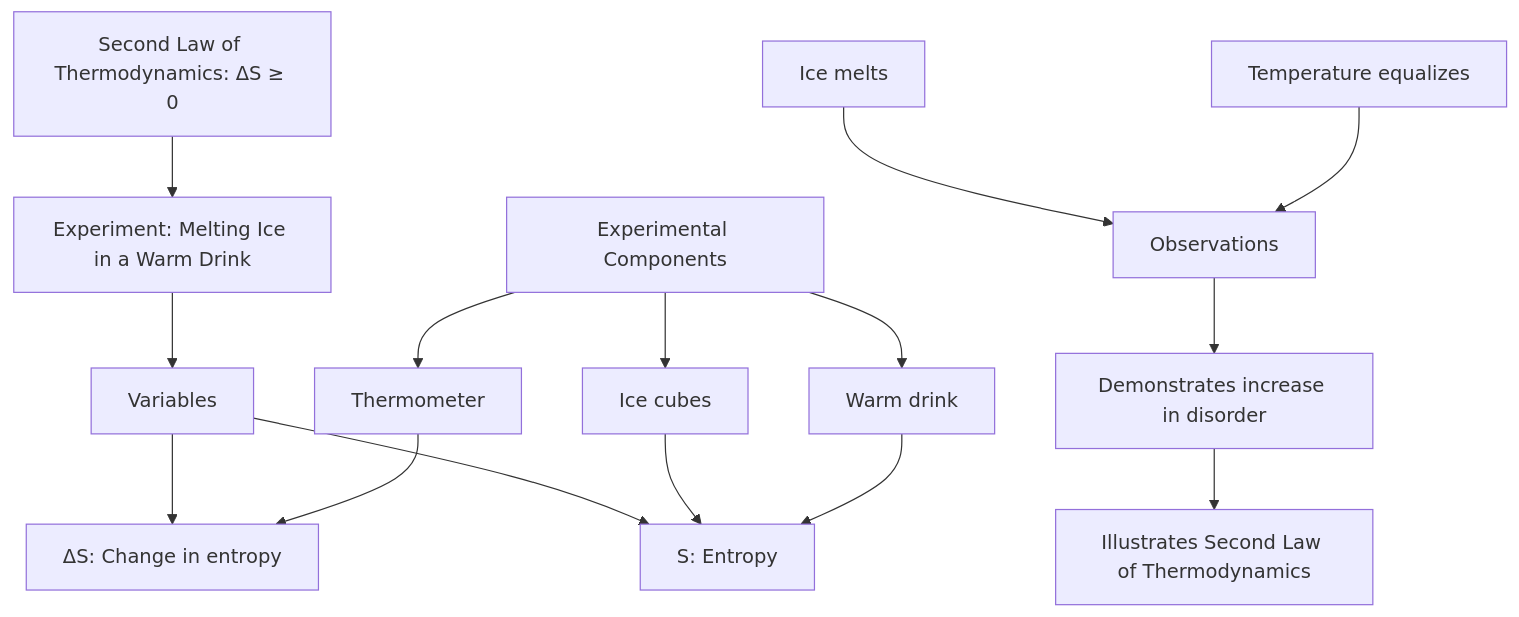
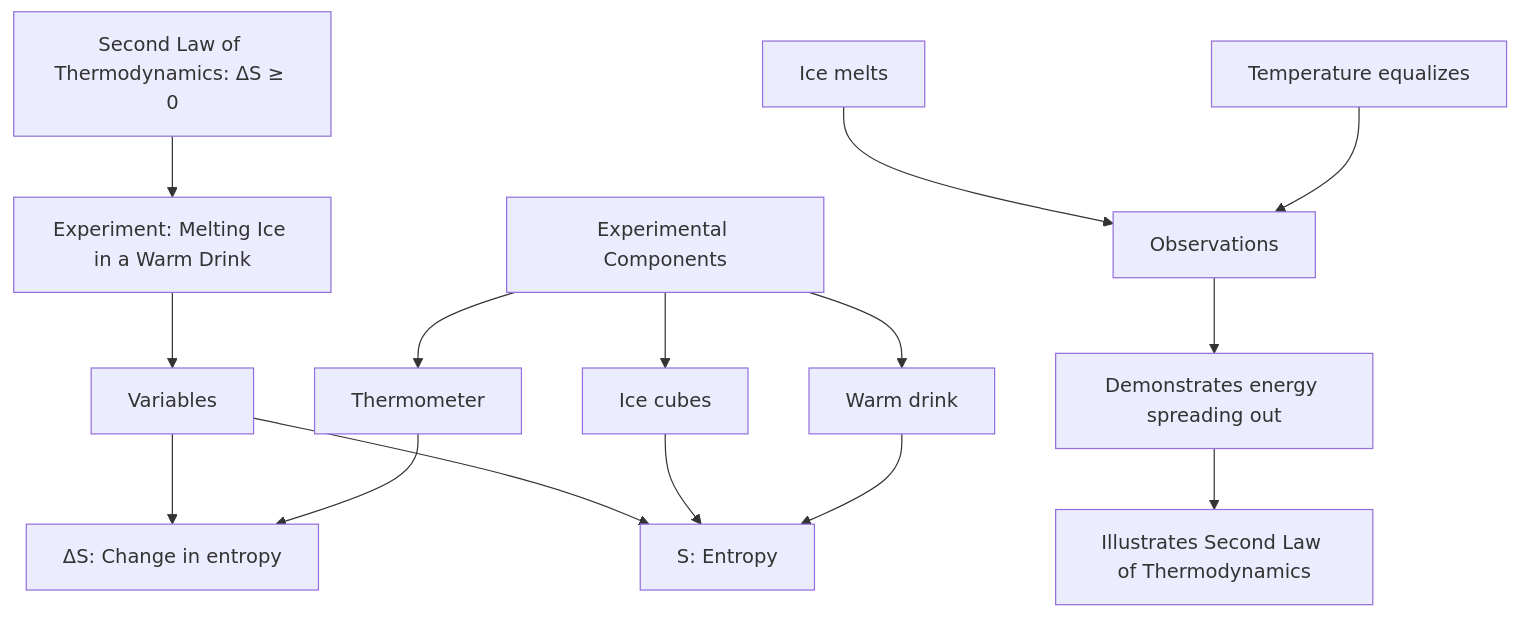
Diagram 11 of 35 in README.md (Josh-XT/math), drawn with Mermaid before and after one commit. The commit also changed other lines of this file, not shown here.

````diff
--- a/README.md
+++ b/README.md
@@ -1074,22 +1078,22 @@
 ```mermaid
 graph TD
     A["Second Law of Thermodynamics: ΔS ≥ 0"] --> B["Experiment: Melting Ice in a Warm Drink"]
     B --> C["Variables"]
     C --> D["ΔS: Change in entropy"]
     C --> E["S: Entropy"]
     
     F["Experimental Components"] --> G["Ice cubes"]
     F --> H["Warm drink"]
     F --> I["Thermometer"]
     
     G --> E
     H --> E
     I --> D
     
     J["Observations"]
     K["Ice melts"] --> J
     L["Temperature equalizes"] --> J
     
-    J --> M["Demonstrates increase in disorder"]
+    J --> M["Demonstrates energy spreading out"]
     M --> N["Illustrates Second Law of Thermodynamics"]
 ```
````
